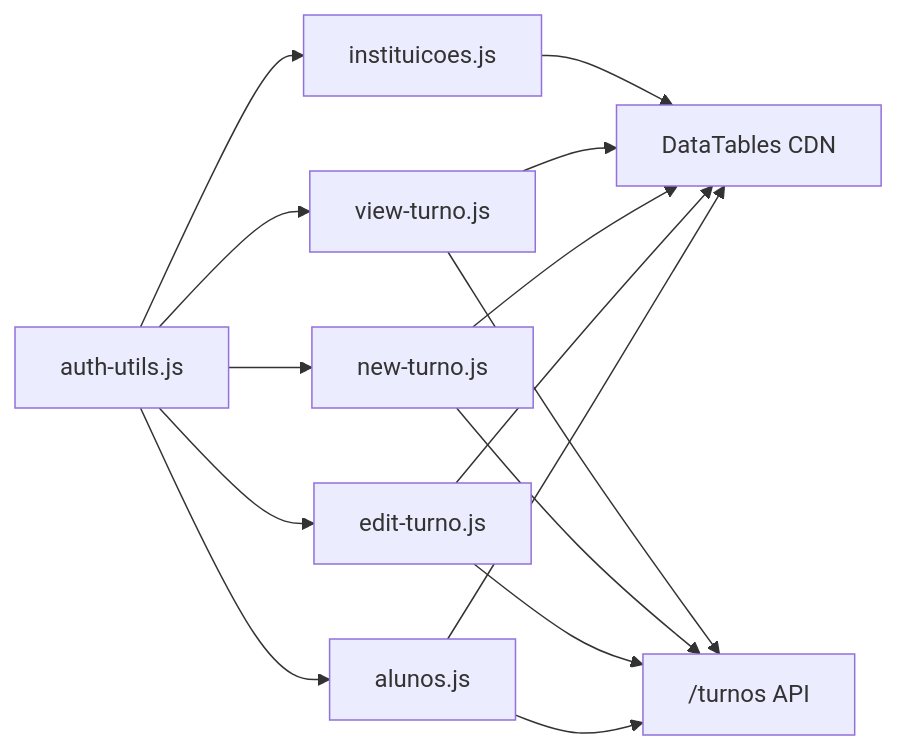
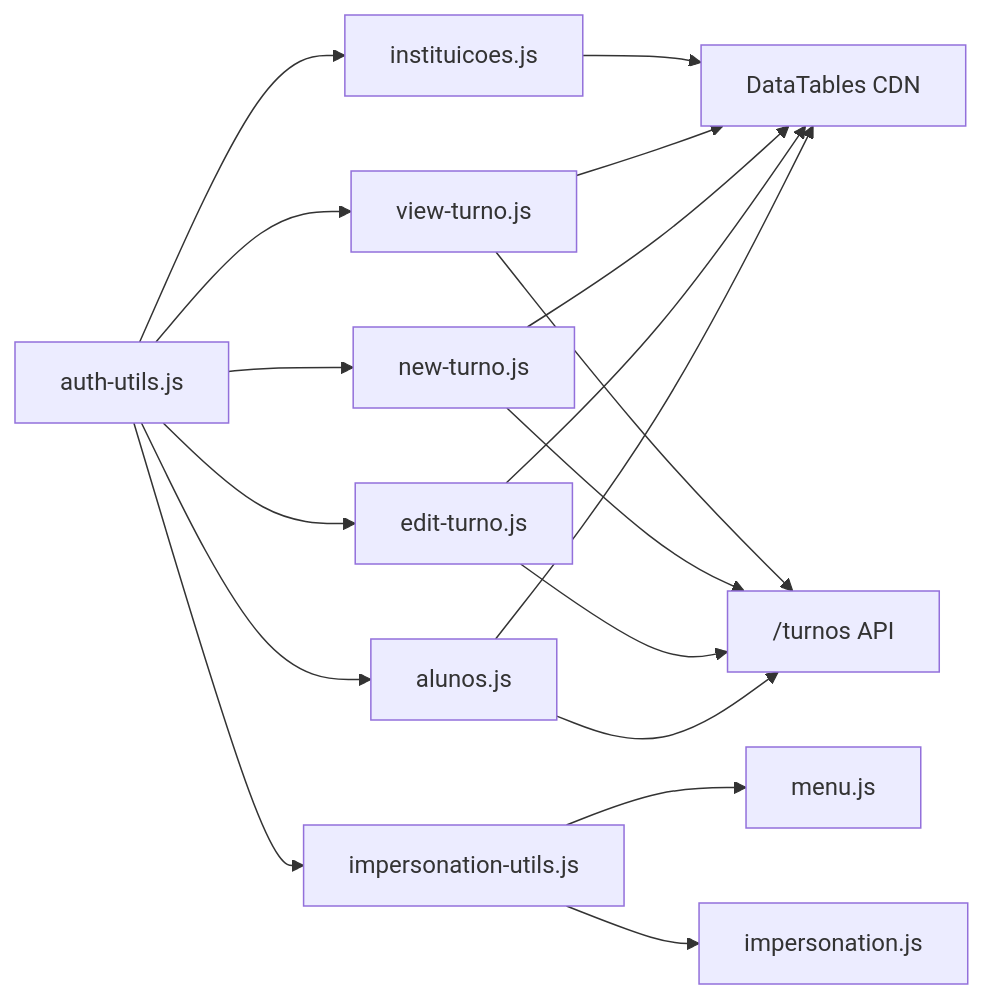
One commit to luiseduacosta/nodemural changed the sixth of 6 diagrams in .qoder/repowiki/en/content/Frontend Architecture/Entity Management Interfaces.md. Above: the diagram before and after it, drawn with Mermaid. The commit also changed other lines of this file and 30 other files, not shown here.

Commit message:
Update tables schema.

````diff
--- a/.qoder/repowiki/en/content/Frontend Architecture/Entity Management Interfaces.md
+++ b/.qoder/repowiki/en/content/Frontend Architecture/Entity Management Interfaces.md
@@ -280,17 +373,20 @@
 ```mermaid
 graph LR
 AU["auth-utils.js"] --> AL["alunos.js"]
 AU --> ET["edit-turno.js"]
 AU --> NT["new-turno.js"]
 AU --> VT["view-turno.js"]
 AU --> IN["instituicoes.js"]
+AU --> IM["impersonation-utils.js"]
 AL --> DT["DataTables CDN"]
 ET --> DT
 NT --> DT
 VT --> DT
 IN --> DT
 AL --> TURNOS["/turnos API"]
 ET --> TURNOS
 NT --> TURNOS
 VT --> TURNOS
+IM --> MENU["menu.js"]
+IM --> TEST["impersonation.js"]
 ```
````
